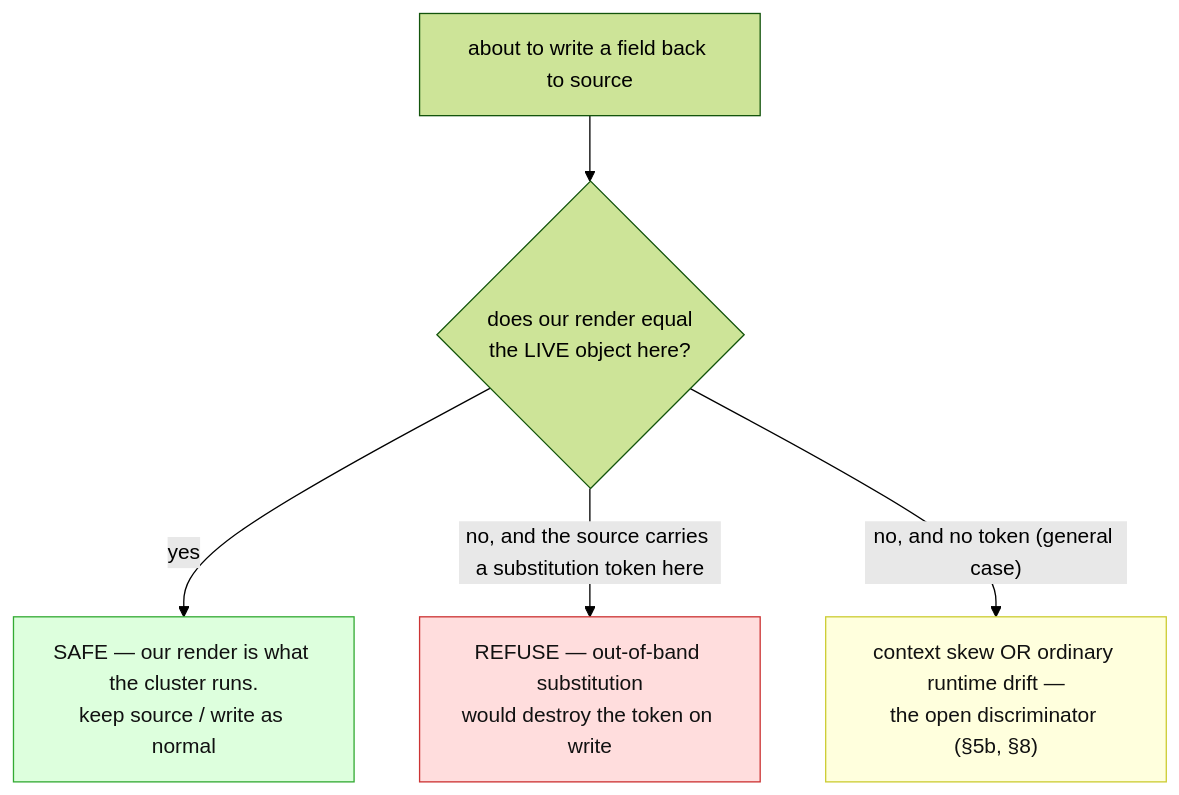
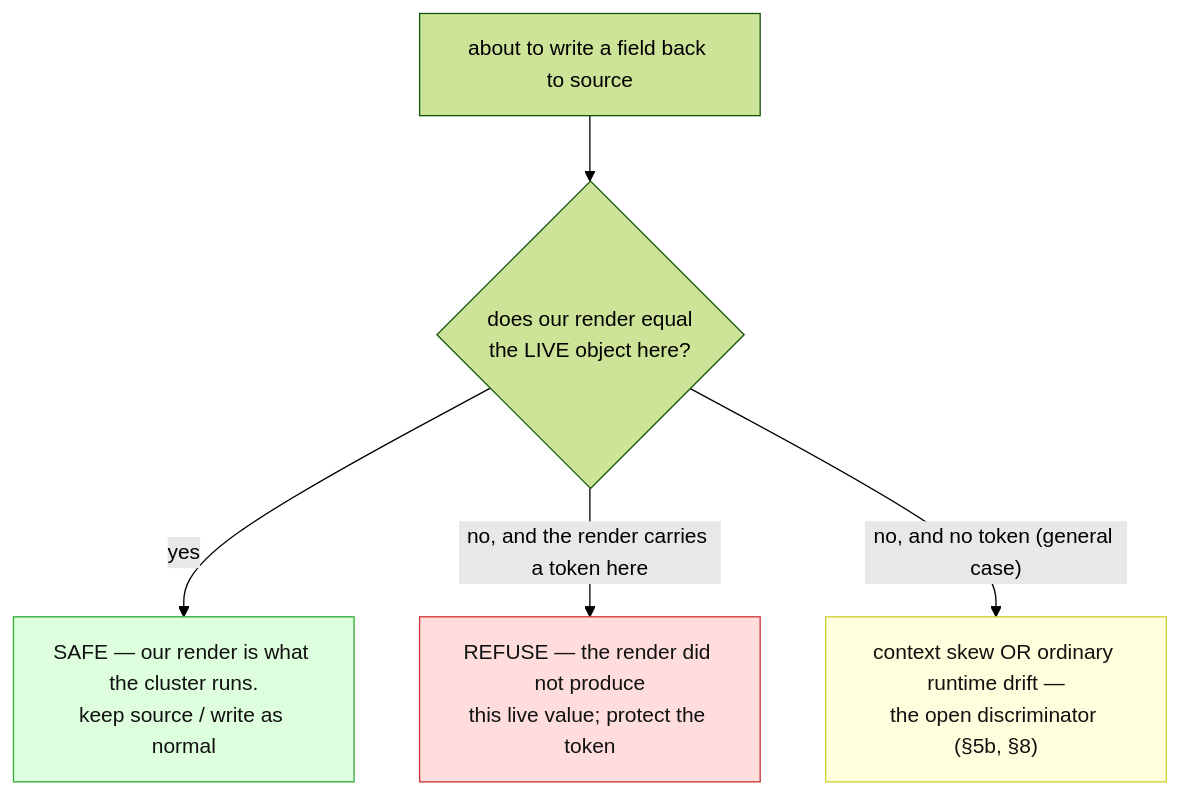
One commit to ConfigButler/gitops-reverser changed the second of 2 diagrams in docs/design/support-boundary/render-fidelity.md. Above: the diagram before and after it, drawn with Mermaid (forest theme). The commit also changed other lines of this file and 4 other files, not shown here.

````diff
--- a/docs/design/support-boundary/render-fidelity.md
+++ b/docs/design/support-boundary/render-fidelity.md
@@ -154,14 +155,14 @@
 ```mermaid
 flowchart TD
     W["about to write a field back to source"] --> Q{"does our render equal<br/>the LIVE object here?"}
     Q -->|"yes"| K["SAFE — our render is what the cluster runs.<br/>keep source / write as normal"]
-    Q -->|"no, and the source carries a substitution token here"| R["REFUSE — out-of-band substitution<br/>would destroy the token on write"]
+    Q -->|"no, and the render carries a token here"| R["REFUSE — the render did not produce<br/>this live value; protect the token"]
     Q -->|"no, and no token (general case)"| D["context skew OR ordinary runtime drift —<br/>the open discriminator (§5b, §8)"]
 
     classDef good fill:#dfd,stroke:#3a3,color:#111
     classDef bad fill:#fdd,stroke:#c33,color:#111
     classDef open fill:#ffd,stroke:#cc3,color:#111
     class K good
     class R bad
     class D open
 ```
````
